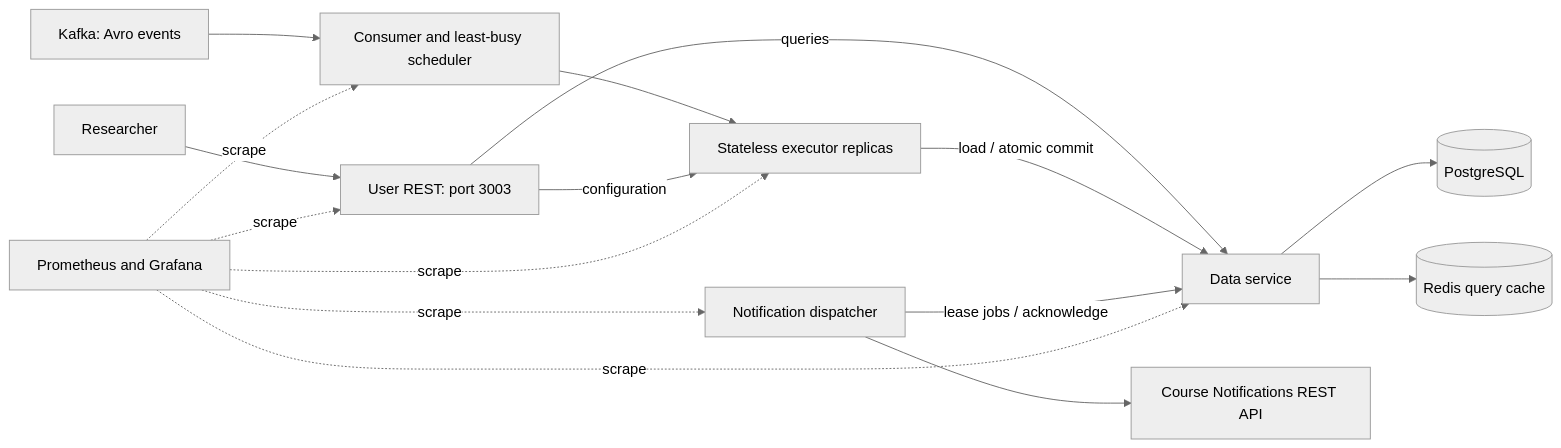
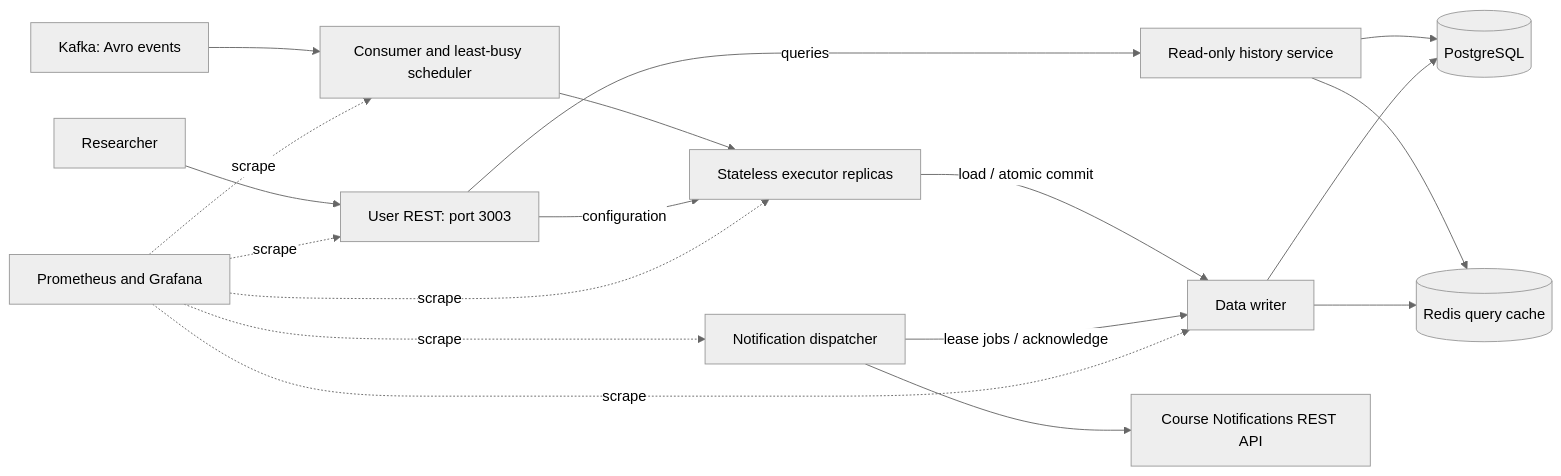
Before and after one commit to Pun-yaa/cec-assignment-backup: the diagram in MONITORING.md, drawn with Mermaid (neutral theme). The commit also changed other lines of this file and 26 other files, not shown here.

````diff
--- a/MONITORING.md
+++ b/MONITORING.md
@@ -163,18 +164,21 @@
 ```mermaid
 flowchart LR
     K[Kafka: Avro events] --> S[Consumer and least-busy scheduler]
     S --> E[Stateless executor replicas]
     U[Researcher] --> A[User REST: port 3003]
     A -- configuration --> E
-    A -- queries --> D[Data service]
+    A -- queries --> H[Read-only history service]
+    H --> P[(PostgreSQL)]
+    H --> R[(Redis query cache)]
+    D[Data writer]
     E -- load / atomic commit --> D
     D --> P[(PostgreSQL)]
     D --> R[(Redis query cache)]
     N[Notification dispatcher] -- lease jobs / acknowledge --> D
     N --> X[Course Notifications REST API]
     M[Prometheus and Grafana] -. scrape .-> S
     M -. scrape .-> E
     M -. scrape .-> A
     M -. scrape .-> D
     M -. scrape .-> N
 ```
````
